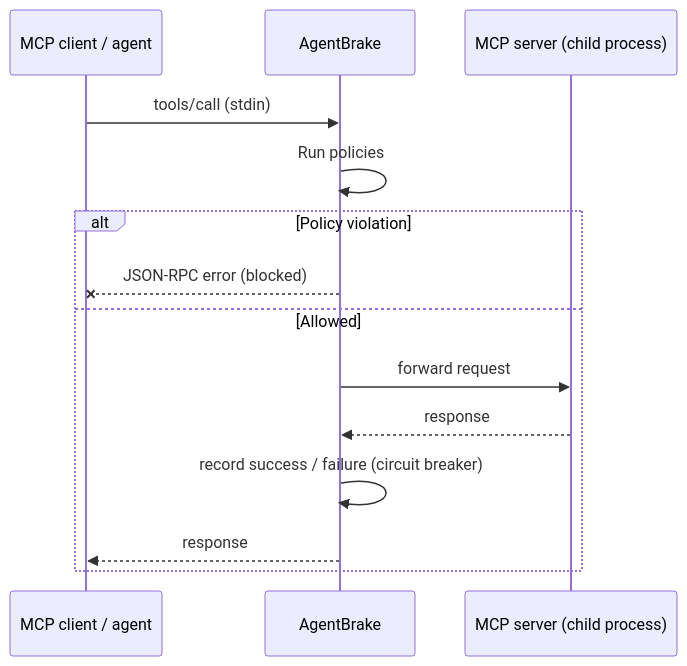
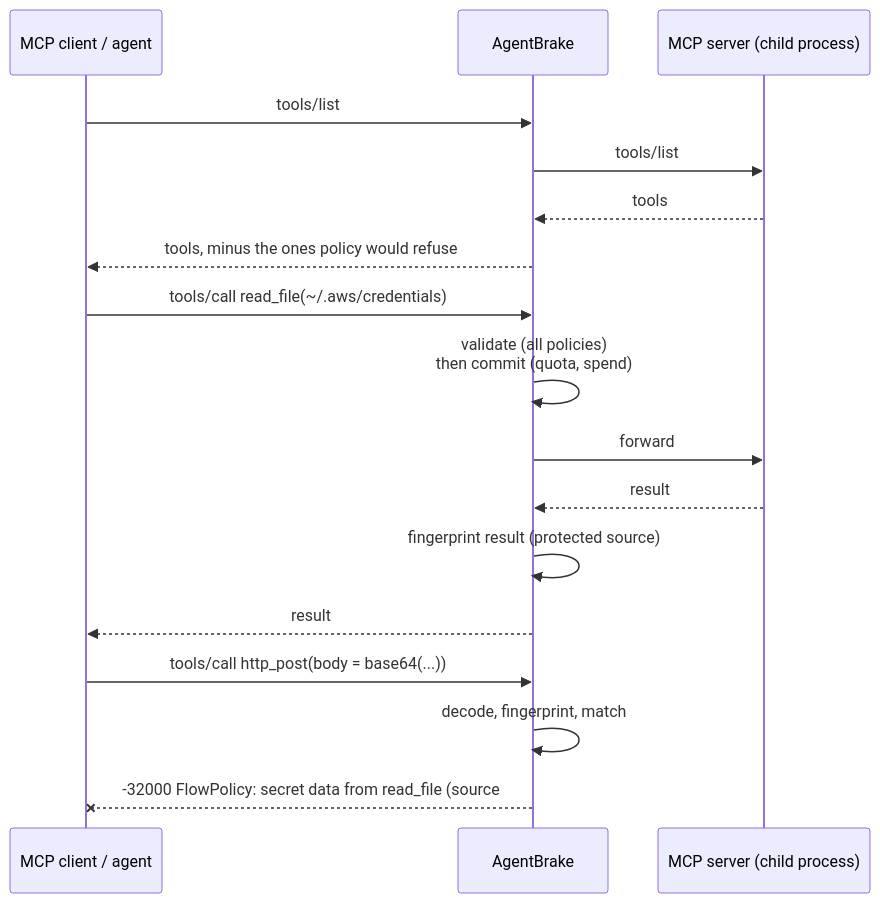
The diagram in README.md (Ujjwaljain16/AgentBrake), drawn with Mermaid before and after one commit. The commit also changed other lines of this file and 52 other files, not shown here.

````diff
--- a/README.md
+++ b/README.md
@@ -75,17 +113,22 @@
 ```mermaid
 sequenceDiagram
     participant Agent as MCP client / agent
     participant Brake as AgentBrake
     participant Tool as MCP server (child process)
 
-    Agent->>Brake: tools/call (stdin)
-    Brake->>Brake: Run policies
-    alt Policy violation
-        Brake--xAgent: JSON-RPC error (blocked)
-    else Allowed
-        Brake->>Tool: forward request
-        Tool-->>Brake: response
-        Brake->>Brake: record success / failure (circuit breaker)
-        Brake-->>Agent: response
-    end
+    Agent->>Brake: tools/list
+    Brake->>Tool: tools/list
+    Tool-->>Brake: tools
+    Brake-->>Agent: tools, minus the ones policy would refuse
+
+    Agent->>Brake: tools/call read_file(~/.aws/credentials)
+    Brake->>Brake: validate (all policies)<br/>then commit (quota, spend)
+    Brake->>Tool: forward
+    Tool-->>Brake: result
+    Brake->>Brake: fingerprint result (protected source)
+    Brake-->>Agent: result
+
+    Agent->>Brake: tools/call http_post(body = base64(...))
+    Brake->>Brake: decode, fingerprint, match
+    Brake--xAgent: -32000 FlowPolicy: secret data from read_file (source #1), via base64
 ```
````
